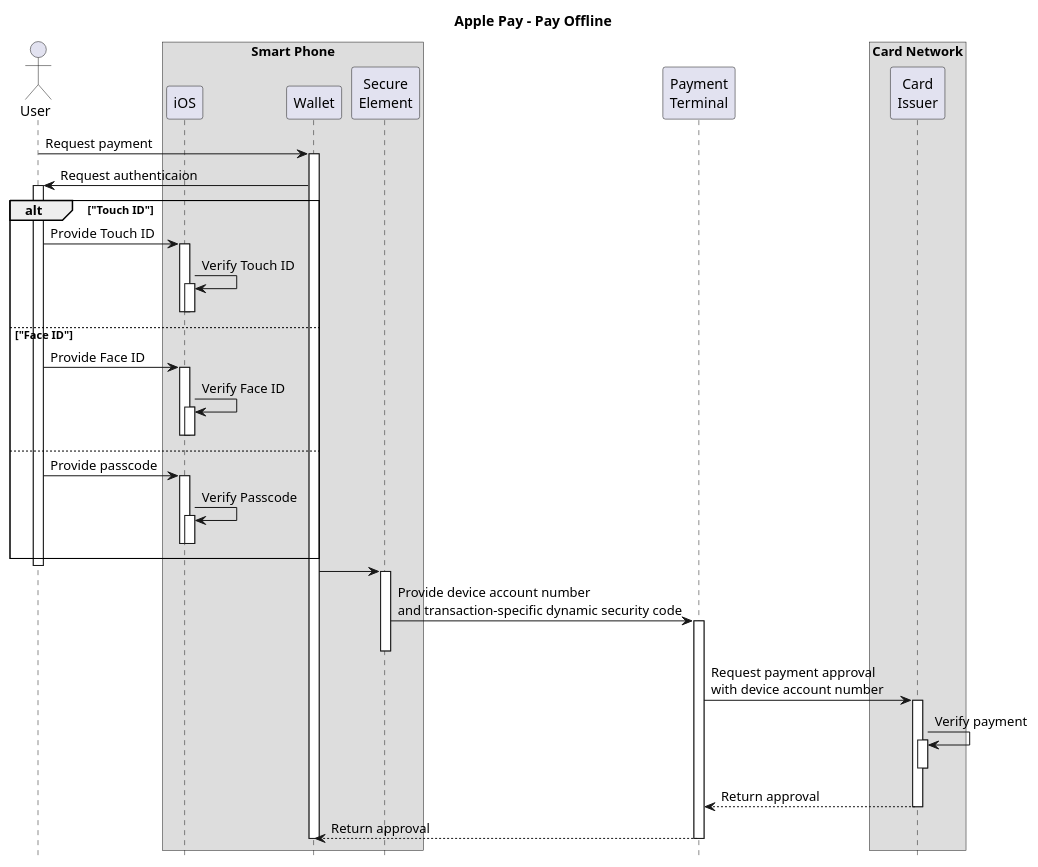
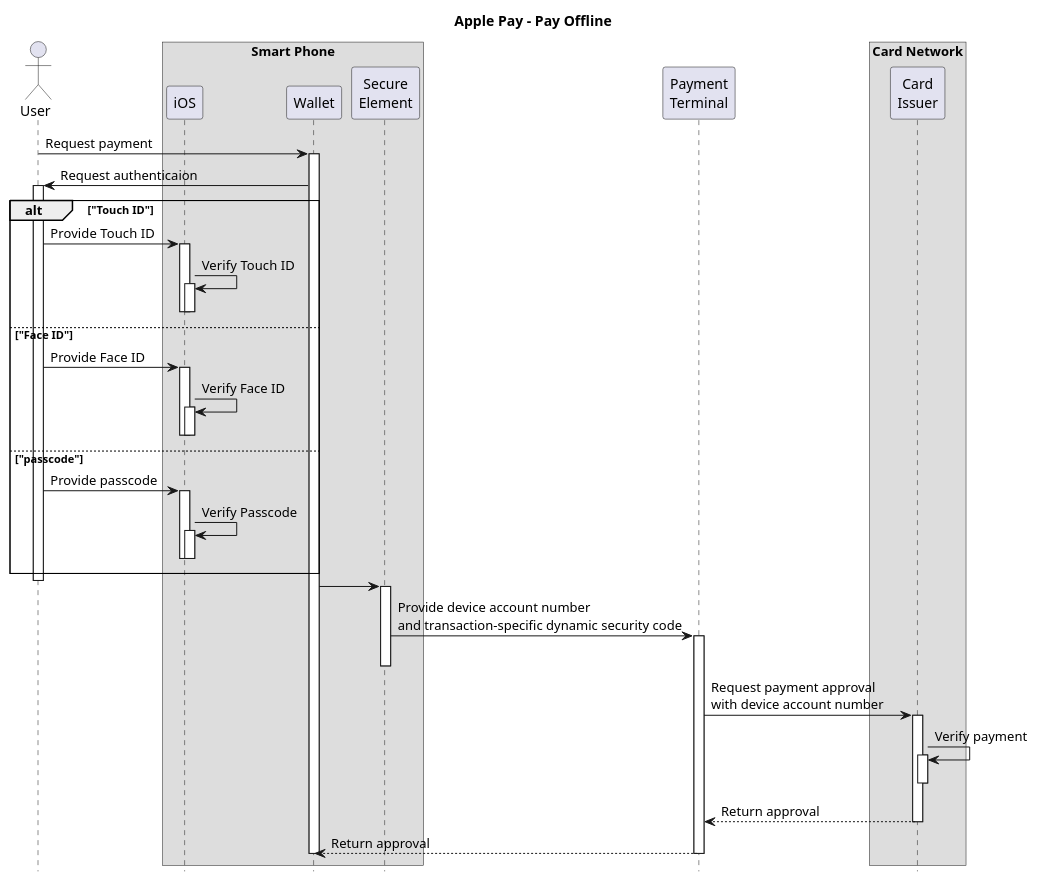
One commit to 3rdstage/models changed the diagram in wallet/apple-pay-flow-payment-offline.plantuml. Above: the diagram before and after it, drawn with PlantUML. The commit also changed 2 other files, not shown here.

```diff
--- a/wallet/apple-pay-flow-payment-offline.plantuml
+++ b/wallet/apple-pay-flow-payment-offline.plantuml
@@ -4,61 +4,61 @@
 @startuml
 Hide Footbox
 Title Apple Pay - Pay Offline
 Skinparam Sequence {
   GroupBorderThickness 1
   GroupBorderShadowing false
 }
 Skinparam BoxPadding 100
 
 Actor "User" as user
 Box "Smart Phone"
 Participant "iOS" as ios
 Participant "Wallet" as wallet
 Participant "Secure\nElement" as se
 End Box
 Participant "Payment\nTerminal" as terminal
 Box "Card Network"
 Participant "Card\nIssuer" as issuer
 End Box
 
 user -> wallet ++ : Request payment
   user <- wallet : Request authenticaion
     user++
     Alt "Touch ID"
     user -> ios : Provide Touch ID
       ios++
         ios -> ios++ : Verify Touch ID
         ios--
       ios--
     Else "Face ID"
     user -> ios : Provide Face ID
       ios++
         ios -> ios++ : Verify Face ID
         ios--
       ios--
-    Else
+    Else "passcode"
     user -> ios : Provide passcode
       ios++
         ios -> ios++ : Verify Passcode
         ios--
       ios--
     End
     user--
 
   wallet -> se :
     se++
     se -> terminal : Provide device account number \nand transaction-specific dynamic security code
       terminal++
       se--
       terminal -> issuer : Request payment approval \nwith device account number
         issuer++
         issuer -> issuer++: Verify payment
           issuer--
       terminal <-- issuer : Return approval
       issuer--
       wallet <-- terminal : Return approval
       terminal--
     wallet--
 
 
 @enduml
```
